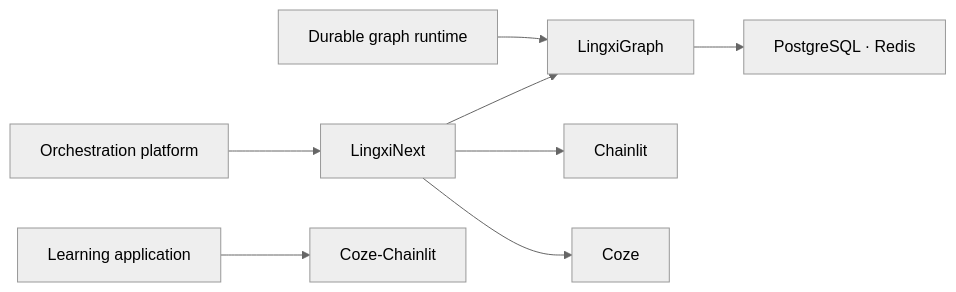
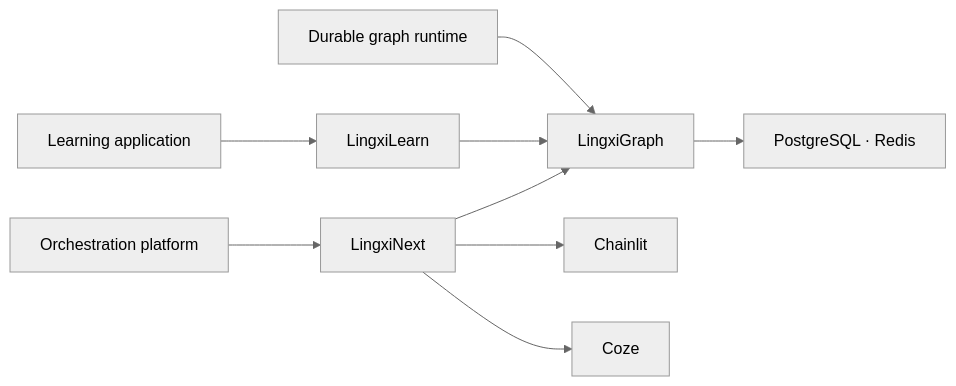
One commit to LingXi-Org/.github changed the diagram in profile/README.md. Above: the diagram before and after it, drawn with Mermaid (neutral theme). The commit also changed other lines of this file and 1 other file, not shown here.

Commit message:
Update organization profile for LingxiLearn

````diff
--- a/profile/README.md
+++ b/profile/README.md
@@ -32,10 +45,11 @@
 ```mermaid
 flowchart LR
     Runtime["Durable graph runtime"] --> Graph["LingxiGraph"]
     Platform["Orchestration platform"] --> Next["LingxiNext"]
-    Product["Learning application"] --> Legacy["Coze-Chainlit"]
+    Product["Learning application"] --> Learn["LingxiLearn"]
+    Learn --> Graph
     Next --> Graph
     Next --> Chainlit["Chainlit"]
     Next --> Coze["Coze"]
     Graph --> Storage["PostgreSQL · Redis"]
 ```
````
